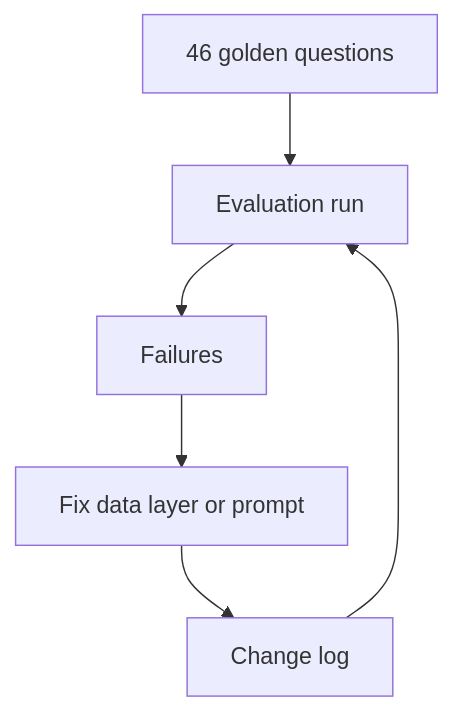
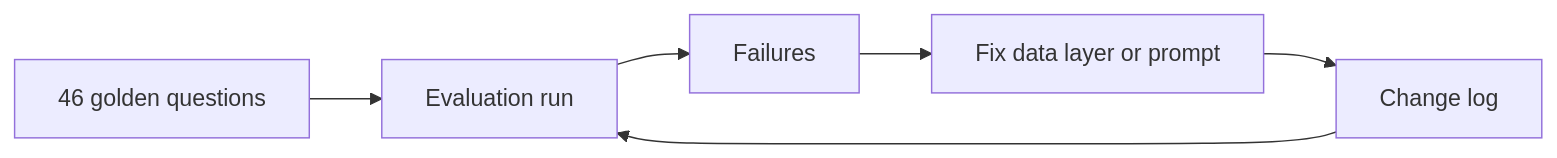
One commit to jman9-rgb/Governed-Text-to-SQL-BI changed the third of 3 diagrams in docs/architecture.md. Above: the diagram before and after it, drawn with Mermaid. The commit also changed other lines of this file, not shown here.

Commit message:
Change flowchart direction from TD to LR

````diff
--- a/docs/architecture.md
+++ b/docs/architecture.md
@@ -53,8 +53,8 @@
 ```mermaid
-flowchart TD
+flowchart LR
     G["46 golden questions"] --> E["Evaluation run"]
     E --> F["Failures"]
     F --> X["Fix data layer or prompt"]
     X --> CL["Change log"]
     CL --> E
 ```
````
